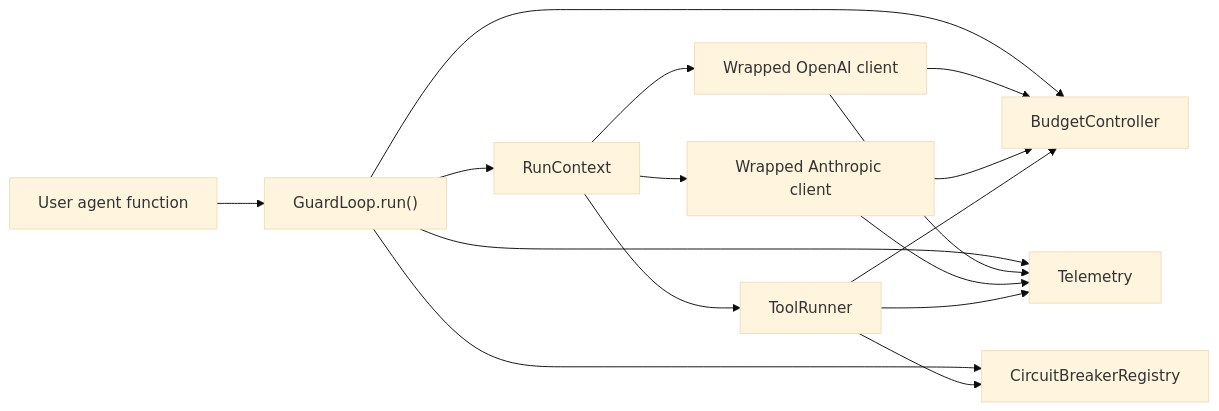
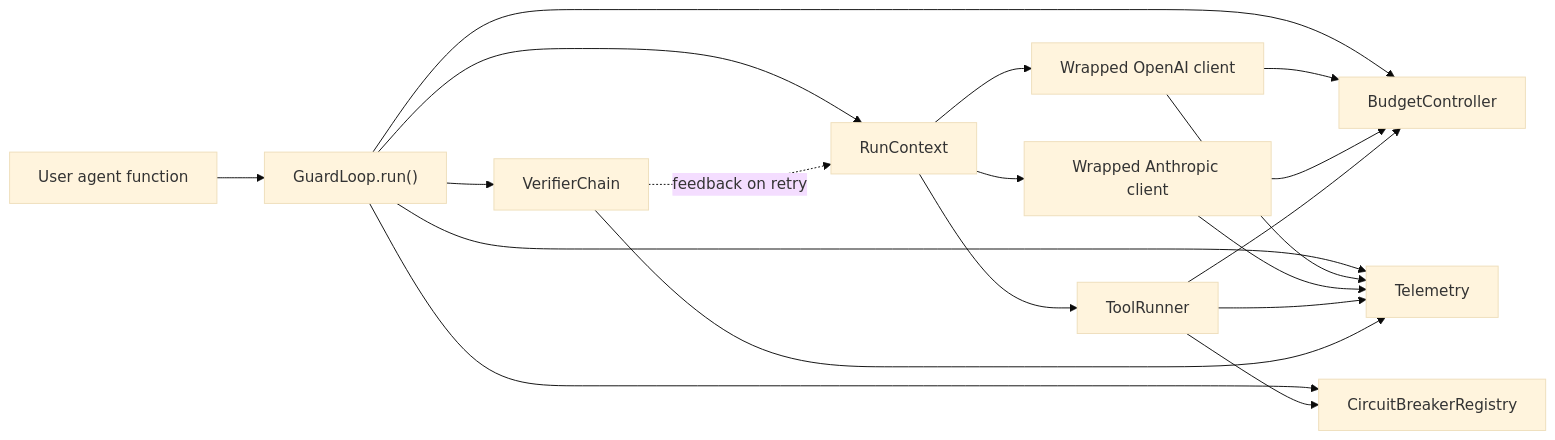
Before and after one commit to awesome-pro/guardloop: the diagram in docs/project-overview.md, drawn with Mermaid (base theme). The commit also changed other lines of this file and 15 other files, not shown here.

````diff
--- a/docs/project-overview.md
+++ b/docs/project-overview.md
@@ -256,18 +330,21 @@
 ```mermaid
 flowchart LR
     A["User agent function"] --> R["GuardLoop.run()"]
     R --> C["RunContext"]
     R --> B["BudgetController"]
     R --> CB["CircuitBreakerRegistry"]
+    R --> V["VerifierChain"]
     R --> T["Telemetry"]
     C --> O["Wrapped OpenAI client"]
     C --> AN["Wrapped Anthropic client"]
     C --> TO["ToolRunner"]
     O --> B
     AN --> B
     TO --> B
     TO --> CB
     O --> T
     AN --> T
     TO --> T
+    V --> T
+    V -. "feedback on retry" .-> C
 ```
````
